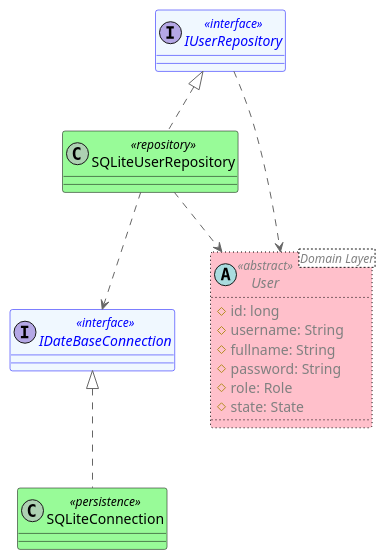
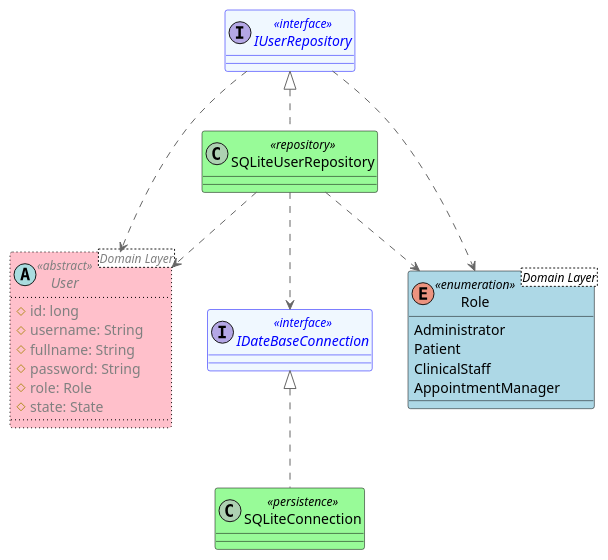
Before and after one commit to FernandoMulato/Piedrazul-Medical-Services-Network: the diagram in 1.Project-with_Monolithic_Architecture/mod_app_piedrazul_medical_services_network/Infrastructure/dClassInfrastructure.puml, drawn with PlantUML. The commit also changed 3 other files, not shown here.

```diff
--- a/1.Project-with_Monolithic_Architecture/mod_app_piedrazul_medical_services_network/Infrastructure/dClassInfrastructure.puml
+++ b/1.Project-with_Monolithic_Architecture/mod_app_piedrazul_medical_services_network/Infrastructure/dClassInfrastructure.puml
@@ -1,35 +1,44 @@
 @startuml InfrastructureClasses
 
 !include https://raw.githubusercontent.com/plantuml-stdlib/C4-PlantUML/master/C4_Deployment.puml
 
 interface IUserRepository <<interface>> #aliceblue;line:blue;text:blue {
 
 }
 
 class SQLiteUserRepository <<repository>> #PaleGreen;line:Black;text:Black implements IUserRepository {
 
 }
 
 interface IDateBaseConnection <<interface>> #aliceblue;line:blue;text:blue {
 
 }
 
 class SQLiteConnection <<persistence>> #PaleGreen;line:Black;text:Black implements IDateBaseConnection {
 
 } 
 
 ' from domain layer
 abstract User<Domain Layer> <<abstract>> #Pink;line:Black;line.dotted;text:gray {
   # id: long 
   # username: String
   # fullname: String
   # password: String
   # role: Role
   # state: State
 }
 
+enum Role<Domain Layer> <<enumeration>> #LightBlue;line:Black;text:Black {
+  Administrator
+  Patient
+  ClinicalStaff
+  AppointmentManager
+}
+
 IUserRepository ..> User
 SQLiteUserRepository ..> IDateBaseConnection
 SQLiteUserRepository..> User
+IUserRepository ..> Role
+SQLiteUserRepository ..> Role
 
 @enduml
```
